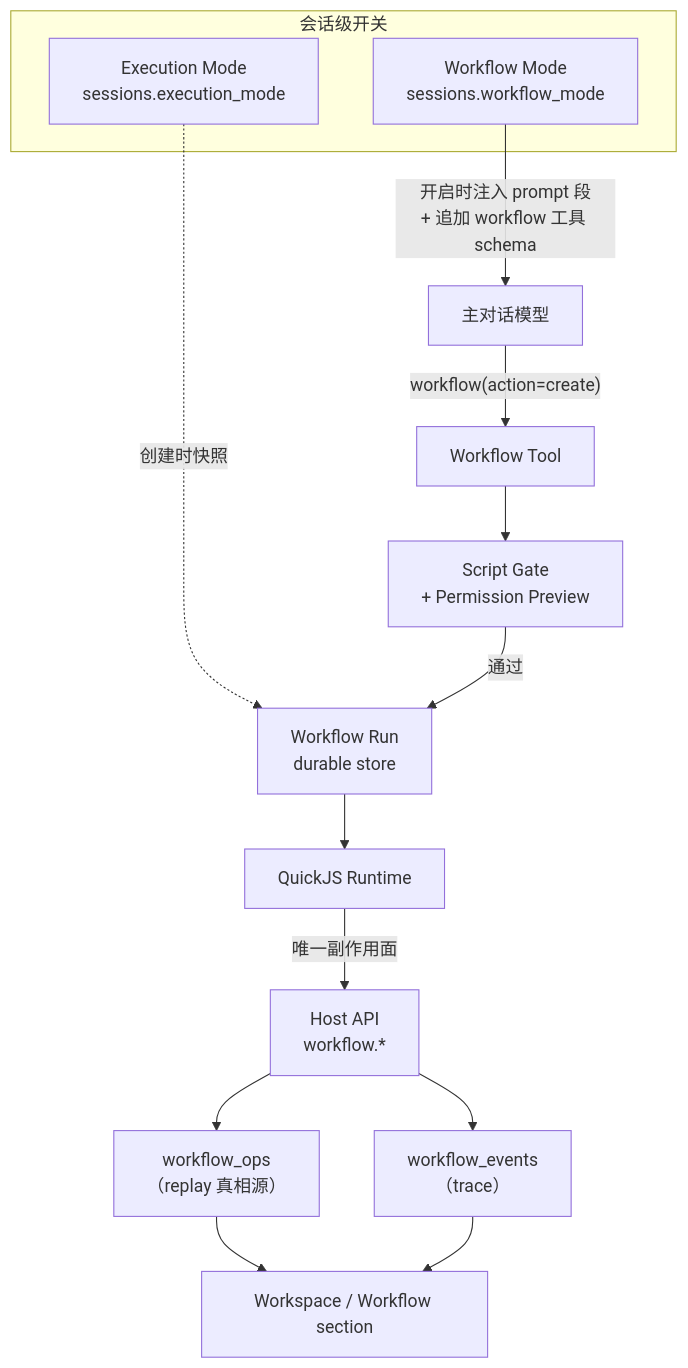
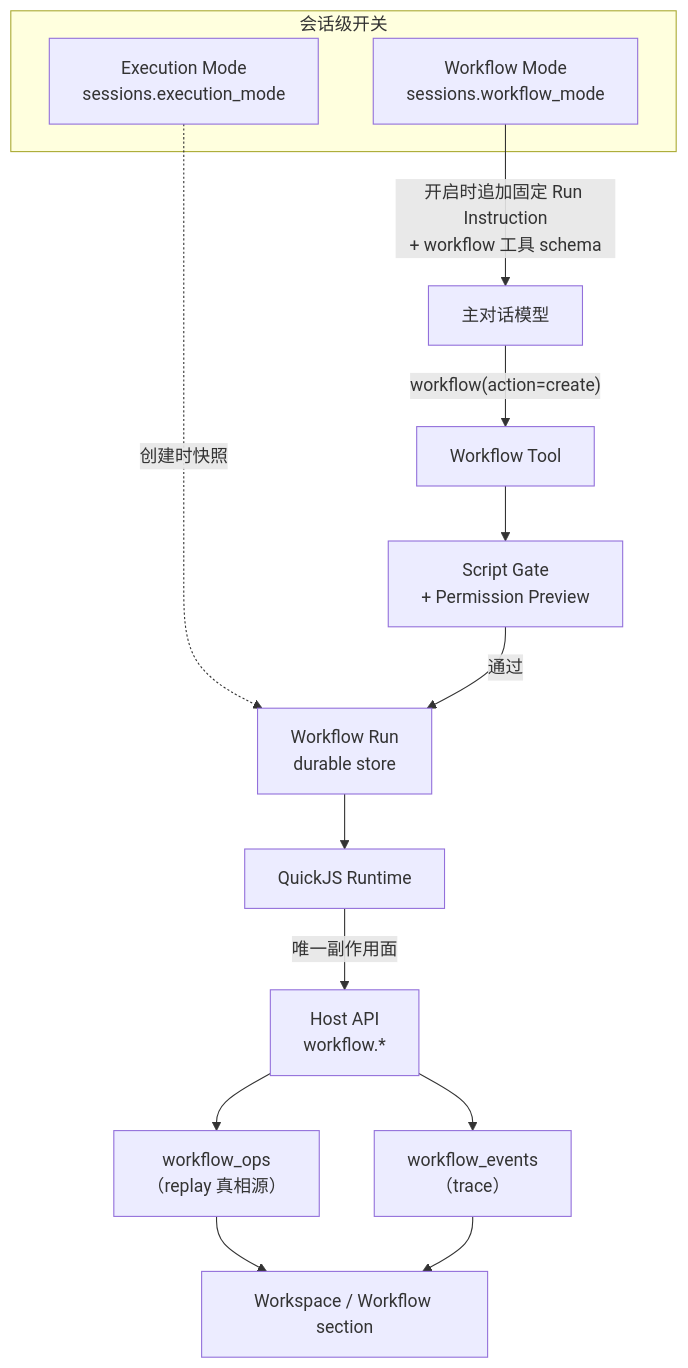
Before and after one commit to shiwenwen/hope-agent: the first of 6 diagrams in docs/architecture/agent/workflow.md, drawn with Mermaid. The commit also changed other lines of this file and 196 other files, not shown here.

````diff
--- a/docs/architecture/agent/workflow.md
+++ b/docs/architecture/agent/workflow.md
@@ -22,19 +22,19 @@
 ```mermaid
 flowchart TD
     subgraph 会话级开关
         WM["Workflow Mode<br/>sessions.workflow_mode"]
         EM["Execution Mode<br/>sessions.execution_mode"]
     end
 
-    WM -->|"开启时注入 prompt 段<br/>+ 追加 workflow 工具 schema"| MODEL["主对话模型"]
+    WM -->|"开启时追加固定 Run Instruction<br/>+ workflow 工具 schema"| MODEL["主对话模型"]
     MODEL -->|"workflow(action=create)"| TOOL["Workflow Tool"]
     EM -.->|创建时快照| RUN
     TOOL --> GATE["Script Gate<br/>+ Permission Preview"]
     GATE -->|通过| RUN["Workflow Run<br/>durable store"]
     RUN --> RT["QuickJS Runtime"]
     RT -->|唯一副作用面| HOST["Host API<br/>workflow.*"]
     HOST --> OPS["workflow_ops<br/>（replay 真相源）"]
     HOST --> EVT["workflow_events<br/>（trace）"]
     OPS --> WS["Workspace / Workflow section"]
     EVT --> WS
 ```
````
